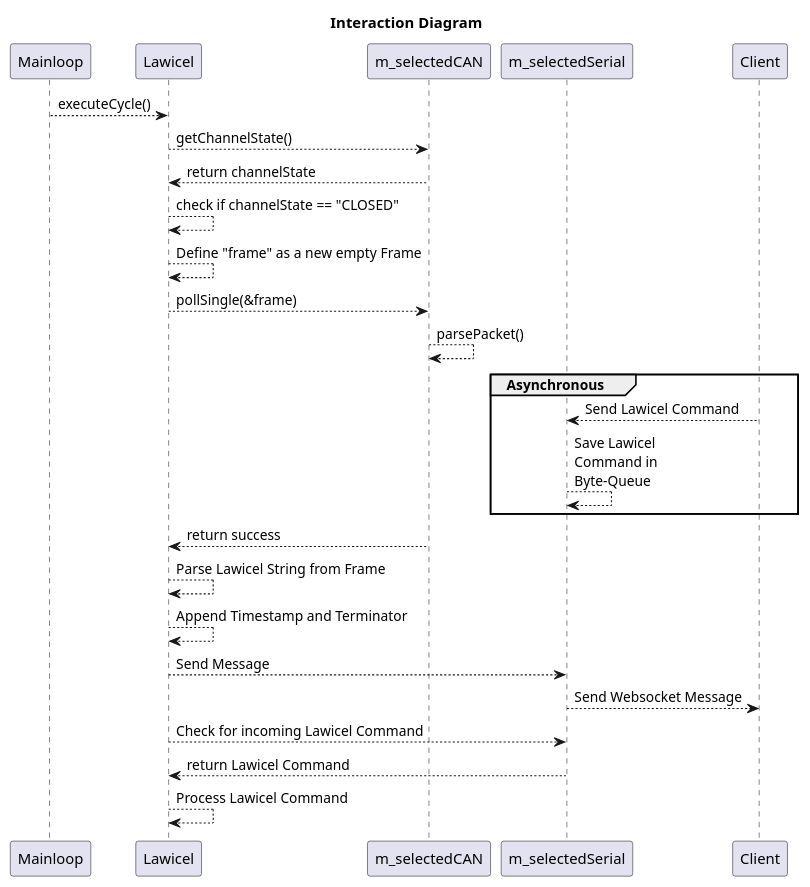
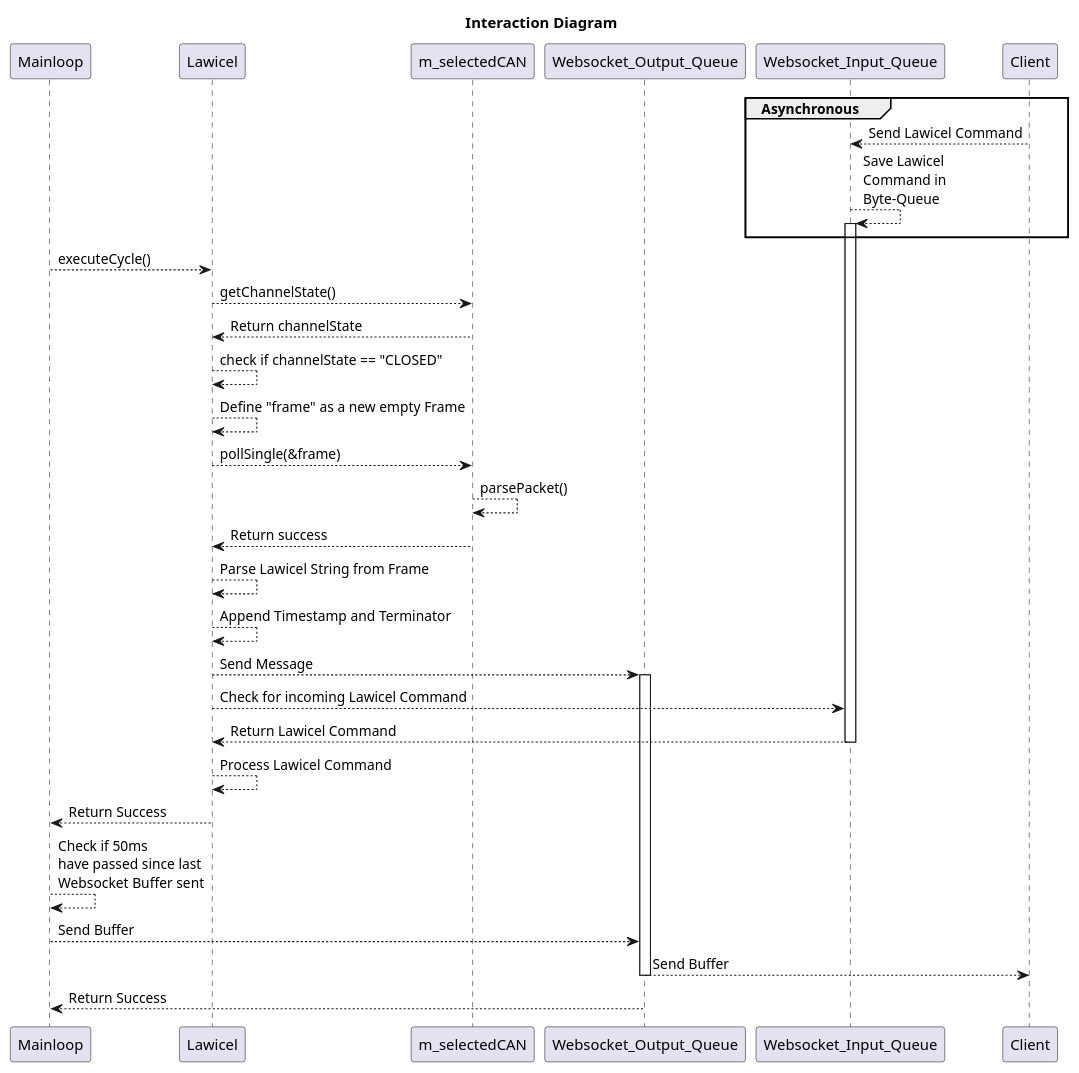
One commit to NewTec-GmbH/esp32-can-iot changed the diagram in Coding/fw/doc/design/Interactions Diagram.plantuml. Above: the diagram before and after it, drawn with PlantUML.

Commit message:
Updated Interactions Diagram

```diff
--- a/Coding/fw/doc/design/Interactions Diagram.plantuml
+++ b/Coding/fw/doc/design/Interactions Diagram.plantuml
@@ -1,35 +1,49 @@
 @startuml
 
 Title Interaction Diagram
 
+participant Mainloop
+participant Lawicel
+participant m_selectedCAN
+participant Websocket_Output_Queue
+participant Websocket_Input_Queue
+participant Client
+
+
+group Asynchronous
+    Client --> Websocket_Input_Queue : Send Lawicel Command
+    Websocket_Input_Queue --> Websocket_Input_Queue : Save Lawicel \nCommand in \nByte-Queue
+    activate Websocket_Input_Queue
+end
+
 Mainloop --> Lawicel : executeCycle()
 Lawicel --> m_selectedCAN : getChannelState()
-m_selectedCAN --> Lawicel : return channelState
+m_selectedCAN --> Lawicel : Return channelState
 Lawicel --> Lawicel : check if channelState == "CLOSED"
 Lawicel --> Lawicel : Define "frame" as a new empty Frame
 Lawicel --> m_selectedCAN : pollSingle(&frame)
 
 
 m_selectedCAN --> m_selectedCAN  : parsePacket()
-
-group Asynchronous
-    m_selectedSerial <-- Client : Send Lawicel Command
-    m_selectedSerial --> m_selectedSerial : Save Lawicel \nCommand in \nByte-Queue
-end
-
-m_selectedCAN --> Lawicel : return success
+m_selectedCAN --> Lawicel : Return success
 
 Lawicel --> Lawicel : Parse Lawicel String from Frame
 Lawicel --> Lawicel : Append Timestamp and Terminator
-Lawicel --> m_selectedSerial : Send Message
-m_selectedSerial --> Client : Send Websocket Message
+Lawicel --> Websocket_Output_Queue : Send Message
+activate Websocket_Output_Queue
 
 
-Lawicel --> m_selectedSerial : Check for incoming Lawicel Command
-m_selectedSerial --> Lawicel : return Lawicel Command
+Lawicel --> Websocket_Input_Queue : Check for incoming Lawicel Command
+Websocket_Input_Queue --> Lawicel : Return Lawicel Command
+deactivate Websocket_Input_Queue
 
 Lawicel --> Lawicel : Process Lawicel Command
+Lawicel --> Mainloop : Return Success
 
-
+Mainloop --> Mainloop : Check if 50ms \nhave passed since last \nWebsocket Buffer sent
+Mainloop --> Websocket_Output_Queue : Send Buffer
+Websocket_Output_Queue --> Client : Send Buffer
+deactivate Websocket_Output_Queue
+Websocket_Output_Queue --> Mainloop : Return Success
 
 @enduml
```
